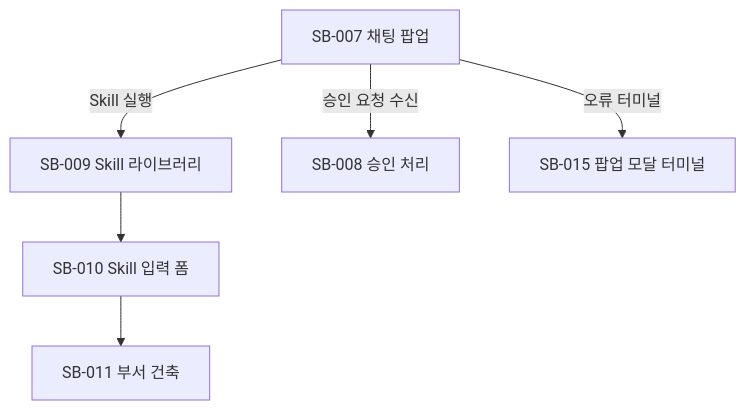
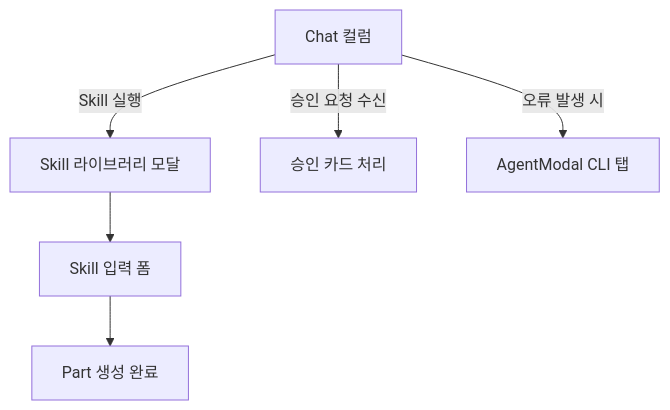
Diagram 14 of 15 in 03_design/🔀 user-flow.md (Jeonyunjae/ClaudeManager), drawn with Mermaid before and after one commit. The commit also changed other lines of this file and 221 other files, not shown here.

````diff
--- a/03_design/🔀 user-flow.md
+++ b/03_design/🔀 user-flow.md
@@ -271,9 +289,9 @@
 ```mermaid
 flowchart TD
-    SB007[SB-007 채팅 팝업] -->|Skill 실행| SB009[SB-009 Skill 라이브러리]
-    SB009 --> SB010[SB-010 Skill 입력 폼]
-    SB010 --> SB011[SB-011 부서 건축]
+    CHAT[Chat 컬럼] -->|Skill 실행| SKILL_LIB[Skill 라이브러리 모달]
+    SKILL_LIB --> SKILL_FORM[Skill 입력 폼]
+    SKILL_FORM --> PART_CREATE[Part 생성 완료]
     
-    SB007 -->|승인 요청 수신| SB008[SB-008 승인 처리]
-    SB007 -->|오류 터미널| SB015[SB-015 팝업 모달 터미널]
+    CHAT -->|승인 요청 수신| APPROVAL[승인 카드 처리]
+    CHAT -->|오류 발생 시| AGENT_MODAL[AgentModal CLI 탭]
 ```
````
